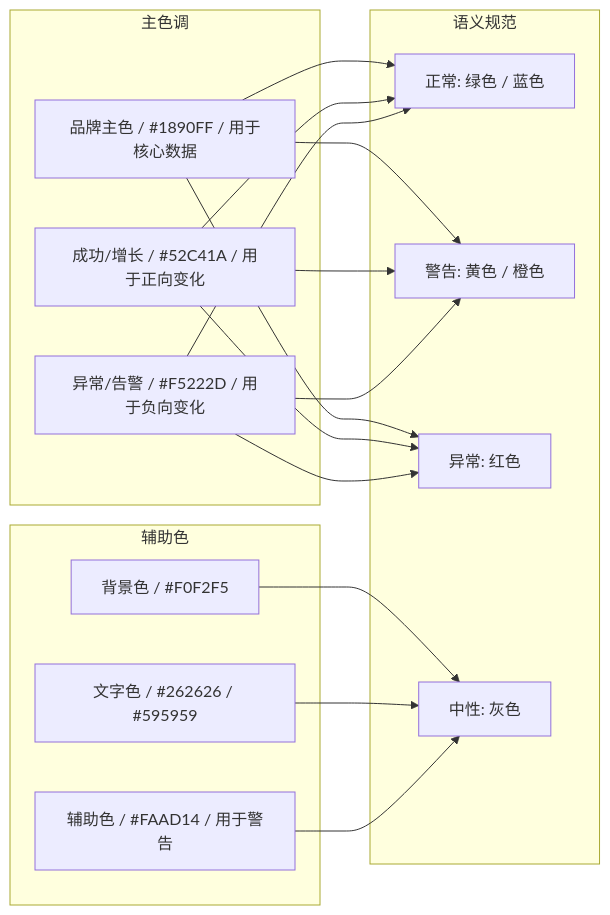
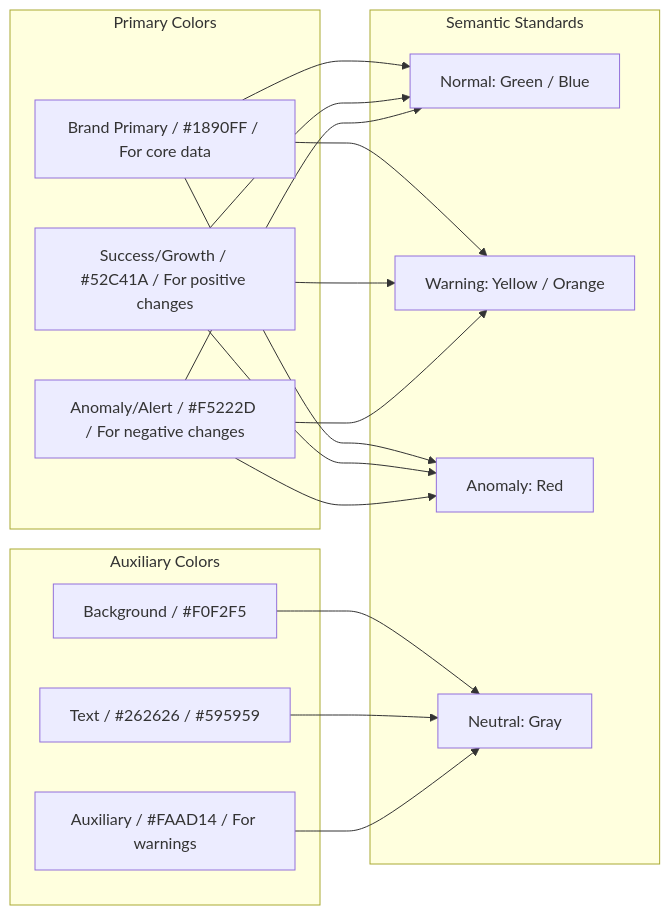
One commit to Kirky-X/cangjie changed the sixth of 9 diagrams in templates/产品/运营层/【模板】数据看板.md. Above: the diagram before and after it, drawn with Mermaid. The commit also changed other lines of this file and 60 other files, not shown here.

````diff
--- a/templates/产品/运营层/【模板】数据看板.md
+++ b/templates/产品/运营层/【模板】数据看板.md
@@ -264,36 +254,34 @@
 ```mermaid
-
-
 flowchart LR
-    subgraph "主色调"
-        C1["品牌主色 / #1890FF / 用于核心数据"]
-        C2["成功/增长 / #52C41A / 用于正向变化"]
-        C3["异常/告警 / #F5222D / 用于负向变化"]
+    subgraph "Primary Colors"
+        C1["Brand Primary / #1890FF / For core data"]
+        C2["Success/Growth / #52C41A / For positive changes"]
+        C3["Anomaly/Alert / #F5222D / For negative changes"]
     end
 
-    subgraph "辅助色"
-        A1["背景色 / #F0F2F5"]
-        A2["文字色 / #262626 / #595959"]
-        A3["辅助色 / #FAAD14 / 用于警告"]
+    subgraph "Auxiliary Colors"
+        A1["Background / #F0F2F5"]
+        A2["Text / #262626 / #595959"]
+        A3["Auxiliary / #FAAD14 / For warnings"]
     end
 
-    subgraph "语义规范"
-        S1["正常: 绿色 / 蓝色"]
-        S2["警告: 黄色 / 橙色"]
-        S3["异常: 红色"]
-        S4["中性: 灰色"]
+    subgraph "Semantic Standards"
+        S1["Normal: Green / Blue"]
+        S2["Warning: Yellow / Orange"]
+        S3["Anomaly: Red"]
+        S4["Neutral: Gray"]
     end
 
     C1 --> S1
     C1 --> S2
     C1 --> S3
     C2 --> S1
     C2 --> S2
     C2 --> S3
     C3 --> S1
     C3 --> S2
     C3 --> S3
     A1 --> S4
     A2 --> S4
     A3 --> S4
 ```
````
